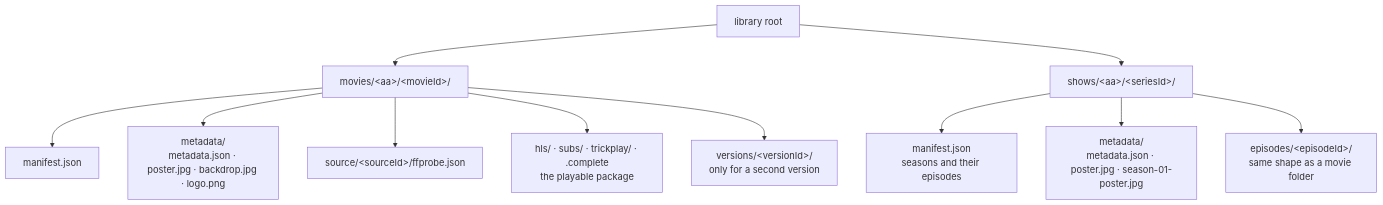
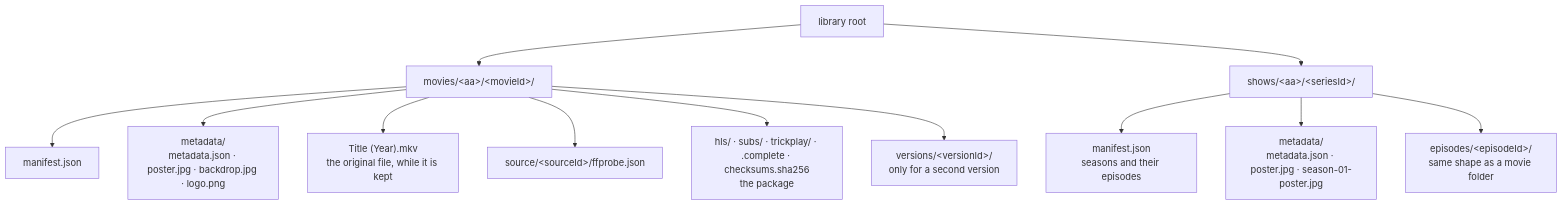
One commit to zaentrum/zaentrum changed the first of 2 diagrams in docs/library/README.md. Above: the diagram before and after it, drawn with Mermaid. The commit also changed other lines of this file and 3 other files, not shown here.

````diff
--- a/docs/library/README.md
+++ b/docs/library/README.md
@@ -39,13 +39,14 @@
 ```mermaid
 flowchart TD
   L["library root"] --> MV["movies/&lt;aa&gt;/&lt;movieId&gt;/"]
   L --> SH["shows/&lt;aa&gt;/&lt;seriesId&gt;/"]
   MV --> M1["manifest.json"]
   MV --> M2["metadata/<br/>metadata.json · poster.jpg · backdrop.jpg · logo.png"]
+  MV --> M0["Title (Year).mkv<br/>the original file, while it is kept"]
   MV --> M3["source/&lt;sourceId&gt;/ffprobe.json"]
-  MV --> M4["hls/ · subs/ · trickplay/ · .complete<br/>the playable package"]
+  MV --> M4["hls/ · subs/ · trickplay/ · .complete · checksums.sha256<br/>the package"]
   MV --> M5["versions/&lt;versionId&gt;/<br/>only for a second version"]
   SH --> S1["manifest.json<br/>seasons and their episodes"]
   SH --> S2["metadata/<br/>metadata.json · poster.jpg · season-01-poster.jpg"]
   SH --> EP["episodes/&lt;episodeId&gt;/<br/>same shape as a movie folder"]
 ```
````
